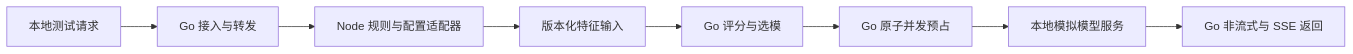
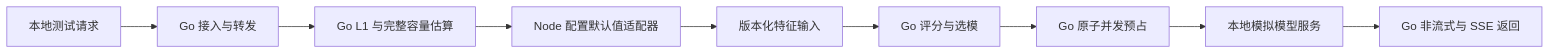
The diagram in go-core/README.md (xwbmotor/cmtoken-auto-model-router), drawn with Mermaid before and after one commit. The commit also changed other lines of this file and 21 other files, not shown here.

````diff
--- a/go-core/README.md
+++ b/go-core/README.md
@@ -9,10 +9,11 @@
 ```mermaid
 flowchart LR
     Client[本地测试请求] --> Gateway[Go 接入与转发]
-    Gateway --> Adapter[Node 规则与配置适配器]
+    Gateway --> Analysis[Go L1 与完整容量估算]
+    Analysis --> Adapter[Node 配置默认值适配器]
     Adapter --> Features[版本化特征输入]
     Features --> Kernel[Go 评分与选模]
     Kernel --> Admission[Go 原子并发预占]
     Admission --> Mock[本地模拟模型服务]
     Mock --> Stream[Go 非流式与 SSE 返回]
 ```
````
